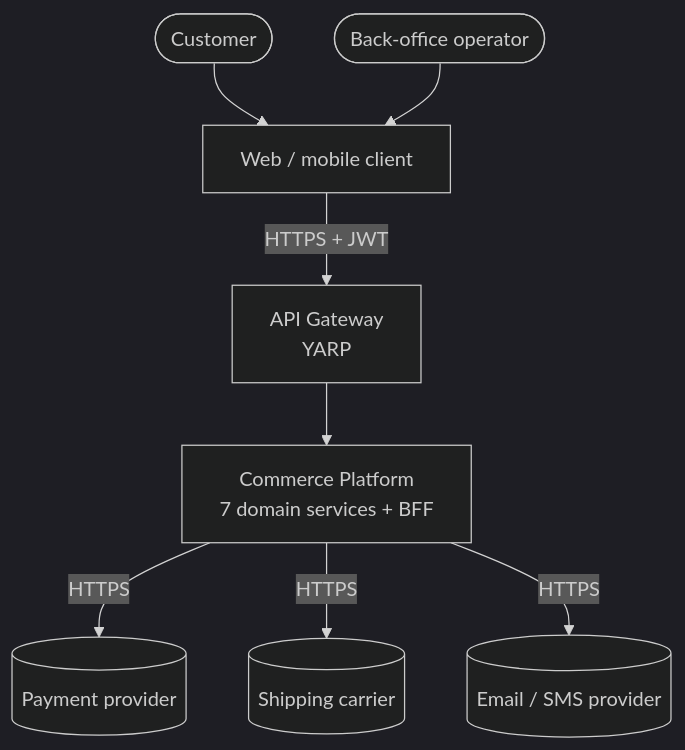
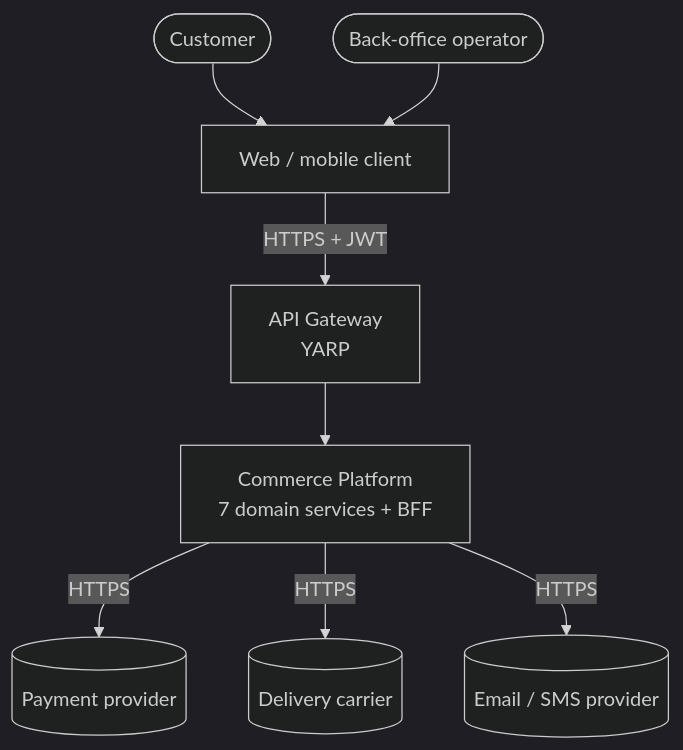
The first of 2 diagrams in docs/backend-architecture/02-architecture-at-a-glance.md (alexander-shamray/blueprint-backend), drawn with Mermaid (dark theme) before and after one commit. The commit also changed other lines of this file and 2 other files, not shown here.

````diff
--- a/docs/backend-architecture/02-architecture-at-a-glance.md
+++ b/docs/backend-architecture/02-architecture-at-a-glance.md
@@ -5,19 +5,19 @@
 ```mermaid
 graph TB
     Customer([Customer])
     Admin([Back-office operator])
     Browser[Web / mobile client]
     Gateway[API Gateway<br/>YARP]
     Platform[Commerce Platform<br/>7 domain services + BFF]
     PSP[(Payment provider)]
-    Carrier[(Shipping carrier)]
+    Carrier[(Delivery carrier)]
     Email[(Email / SMS provider)]
 
     Customer --> Browser
     Admin --> Browser
     Browser -->|HTTPS + JWT| Gateway
     Gateway --> Platform
     Platform -->|HTTPS| PSP
     Platform -->|HTTPS| Carrier
     Platform -->|HTTPS| Email
 ```
````
